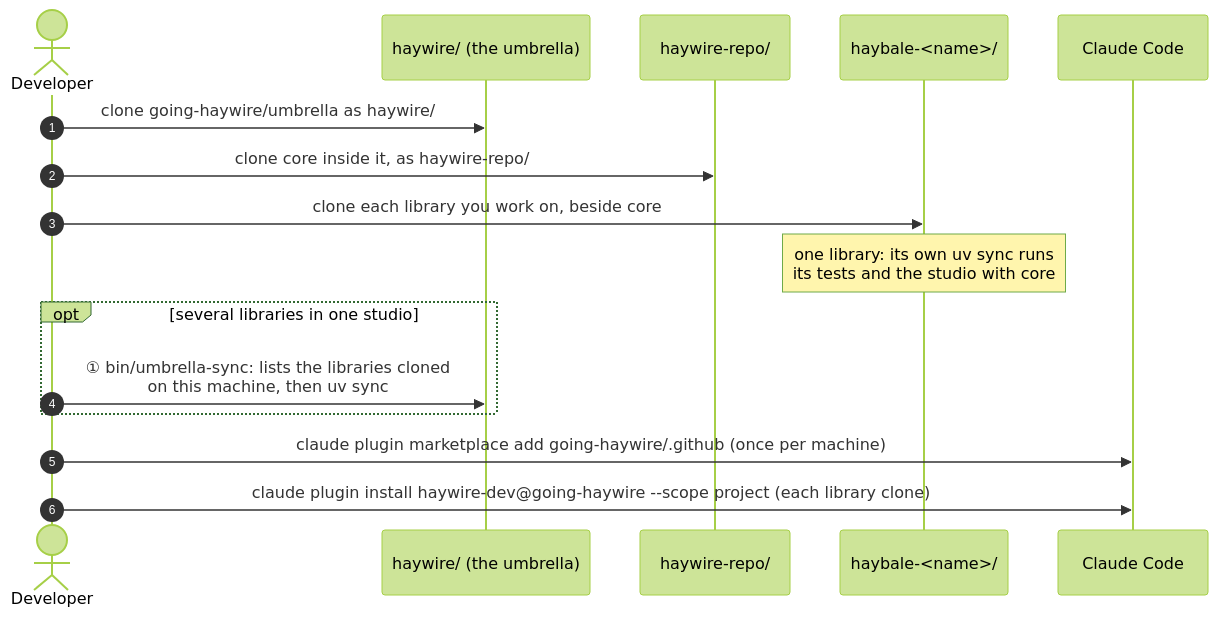
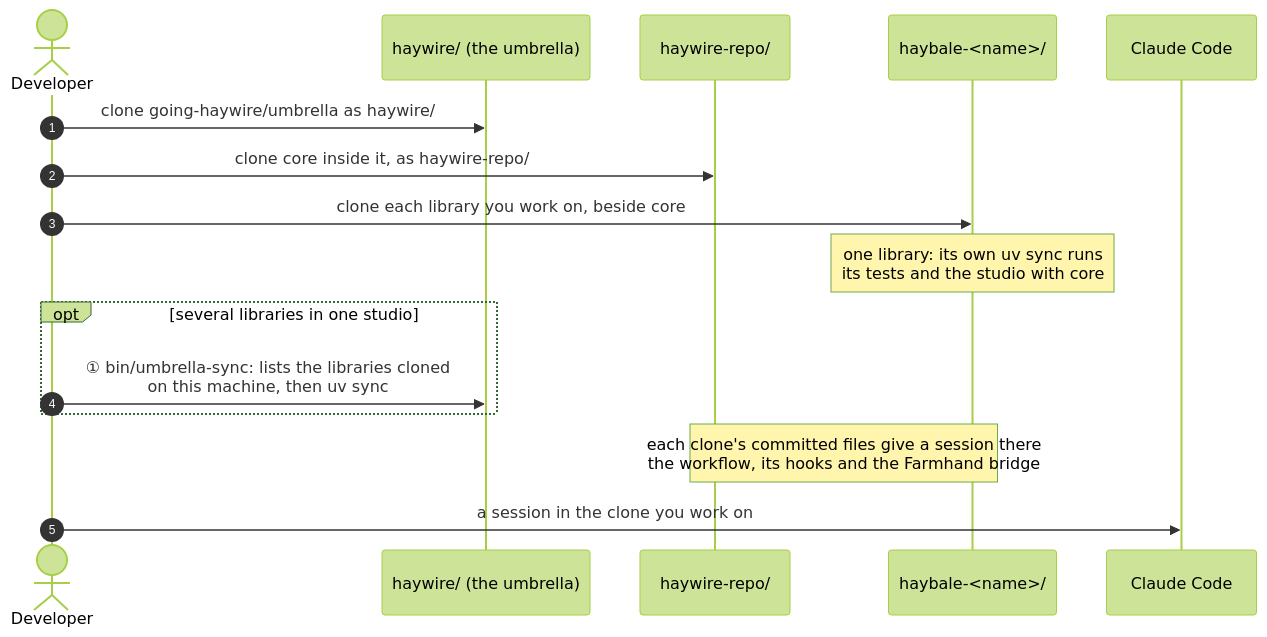
The diagram in docs/collaboration/workstation.md (going-haywire/haywire), drawn with Mermaid (forest theme) before and after one commit. The commit also changed other lines of this file and 42 other files, not shown here.

````diff
--- a/docs/collaboration/workstation.md
+++ b/docs/collaboration/workstation.md
@@ -16,19 +16,19 @@
 ```mermaid
 sequenceDiagram
     autonumber
     actor You as Developer
     participant Folder as haywire/ (the umbrella)
     participant Core as haywire-repo/
     participant Lib as haybale-<name>/
     participant CC as Claude Code
 
     You->>Folder: clone going-haywire/umbrella as haywire/
     You->>Core: clone core inside it, as haywire-repo/
     You->>Lib: clone each library you work on, beside core
     Note over Lib: one library: its own uv sync runs<br/>its tests and the studio with core
     opt several libraries in one studio
         You->>Folder: ① bin/umbrella-sync: lists the libraries cloned<br/>on this machine, then uv sync
     end
-    You->>CC: claude plugin marketplace add going-haywire/.github (once per machine)
-    You->>CC: claude plugin install haywire-dev@going-haywire --scope project (each library clone)
+    Note over Core,Lib: each clone's committed files give a session there<br/>the workflow, its hooks and the Farmhand bridge
+    You->>CC: a session in the clone you work on
 ```
````
